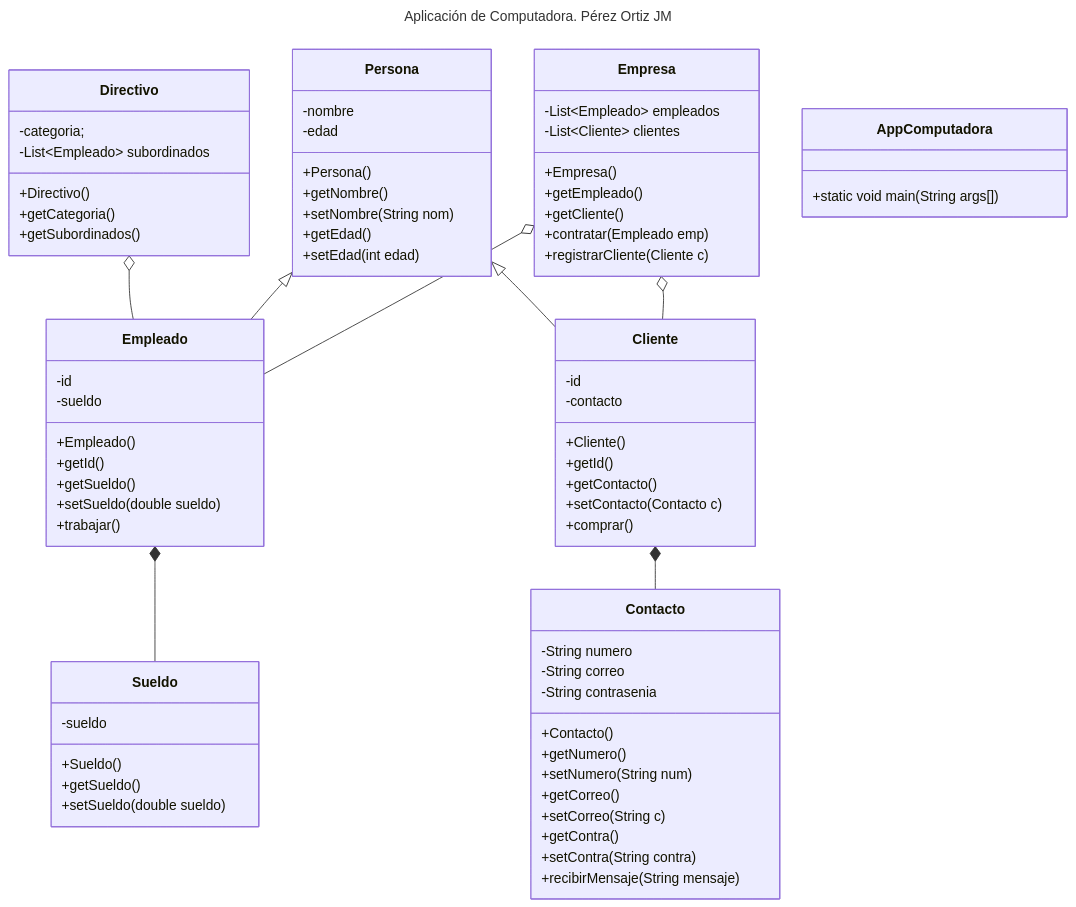
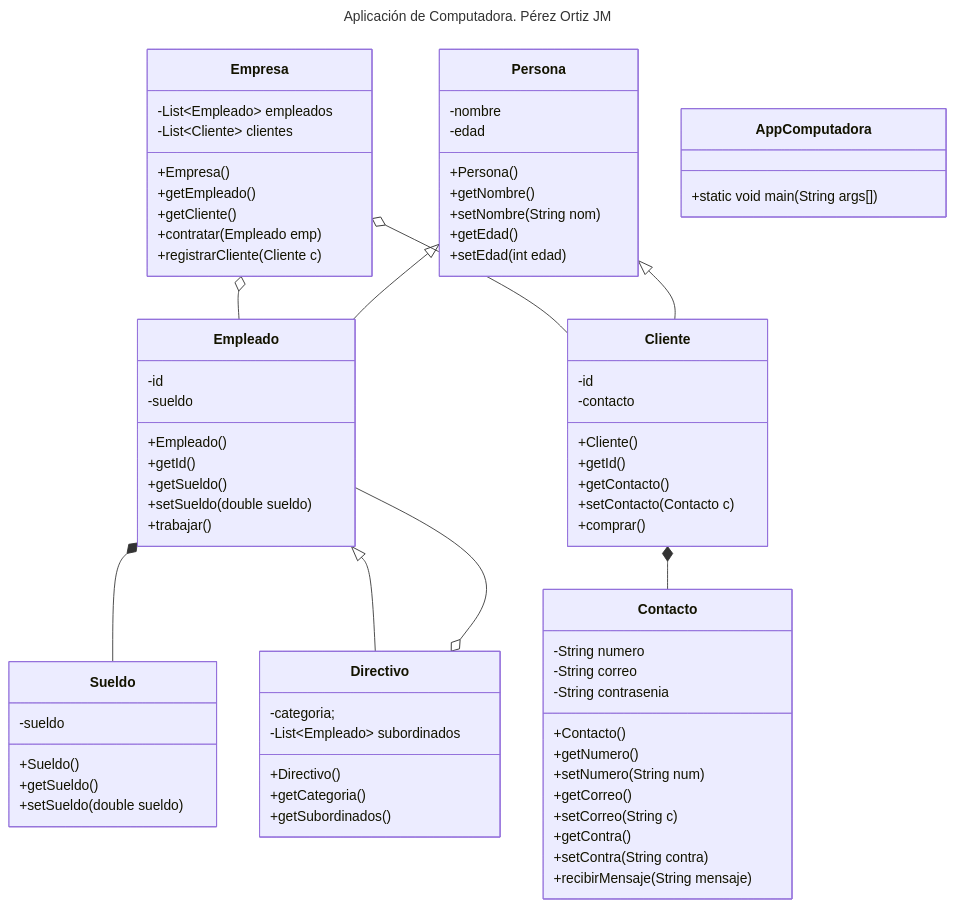
Before and after one commit to mauryci2/Jaime-Felix-POO-Base: the diagram in README.md, drawn with Mermaid.

Commit message:
corriguiendo relaciones parte no se

````diff
--- a/README.md
+++ b/README.md
@@ -7,79 +7,80 @@
 ```mermaid
 ---
 title: Aplicación de Computadora. Pérez Ortiz JM
 ---
 classDiagram
       %% Relaciones de agregación / composición
       Empresa o-- Empleado
       Empresa o-- Cliente
       Cliente *-- Contacto
       Empleado *-- Sueldo
       Persona <|-- Empleado
       Persona <|-- Cliente
+      Empleado <|-- Directivo
       Directivo o-- Empleado
       class AppComputadora{
             +static void main(String args[])
       }
       class Empresa{
             -List~Empleado~ empleados
             -List~Cliente~ clientes
             +Empresa()
             +getEmpleado()
             +getCliente()
             +contratar(Empleado emp)
             +registrarCliente(Cliente c)
       }
       class Directivo{
             -categoria;
             -List~Empleado~ subordinados
             +Directivo()
             +getCategoria()
             +getSubordinados()
       }      
       class Persona{
             -nombre
             -edad
             +Persona()
             +getNombre()
             +setNombre(String nom)
             +getEdad()
             +setEdad(int edad)
       }
       class Empleado{
             -id
             -sueldo
              +Empleado()
             +getId()
             +getSueldo()
             +setSueldo(double sueldo)
             +trabajar()
       }
       class Sueldo{
       -sueldo
       +Sueldo()
       +getSueldo()
       +setSueldo(double sueldo)
       }
       class Cliente{
             -id
             -contacto
             +Cliente()
             +getId()
             +getContacto()
             +setContacto(Contacto c)
             +comprar()
       }
       class Contacto{
             -String numero
             -String correo
             -String contrasenia
             +Contacto()
             +getNumero()
             +setNumero(String num)
             +getCorreo()
             +setCorreo(String c)
             +getContra()
             +setContra(String contra)
             +recibirMensaje(String mensaje)
       }
 ```
````
